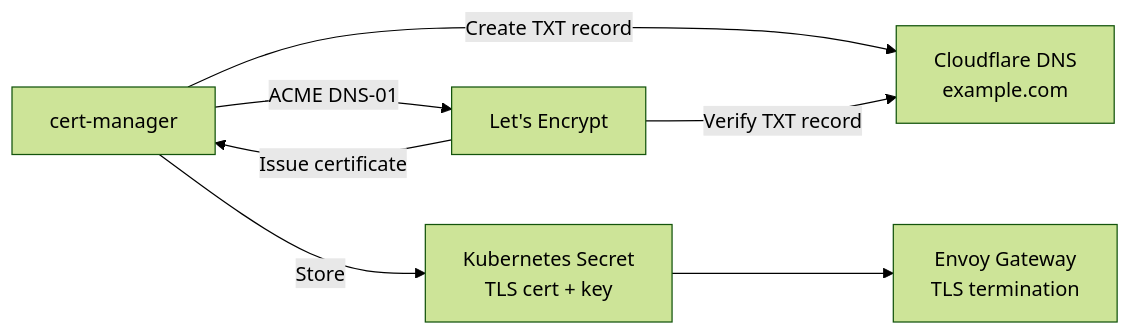
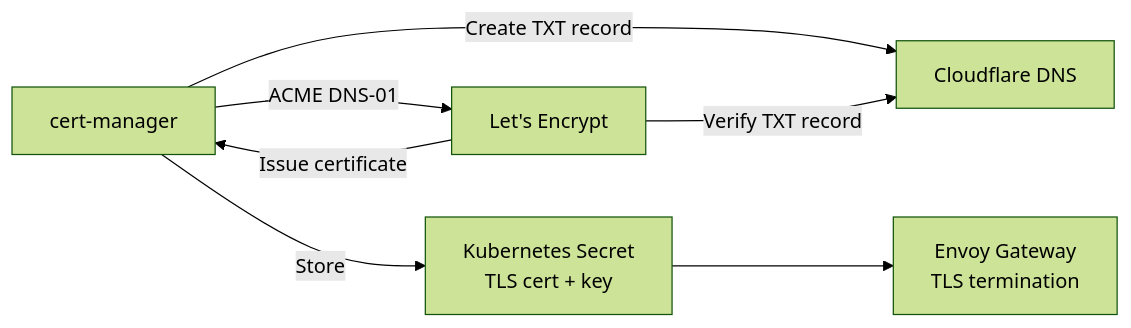
One commit to swibrow/home-ops changed the first of 2 diagrams in docs/security/cert-manager.md. Above: the diagram before and after it, drawn with Mermaid (forest theme). The commit also changed other lines of this file and 105 other files, not shown here.

````diff
--- a/docs/security/cert-manager.md
+++ b/docs/security/cert-manager.md
@@ -11,9 +11,9 @@
 ```mermaid
 flowchart LR
     CM[cert-manager] -->|ACME DNS-01| LE[Let's Encrypt]
-    CM -->|Create TXT record| CF[Cloudflare DNS\nexample.com]
+    CM -->|Create TXT record| CF[Cloudflare DNS]
     LE -->|Verify TXT record| CF
     LE -->|Issue certificate| CM
     CM -->|Store| SEC[Kubernetes Secret\nTLS cert + key]
     SEC --> GW[Envoy Gateway\nTLS termination]
 ```
````
